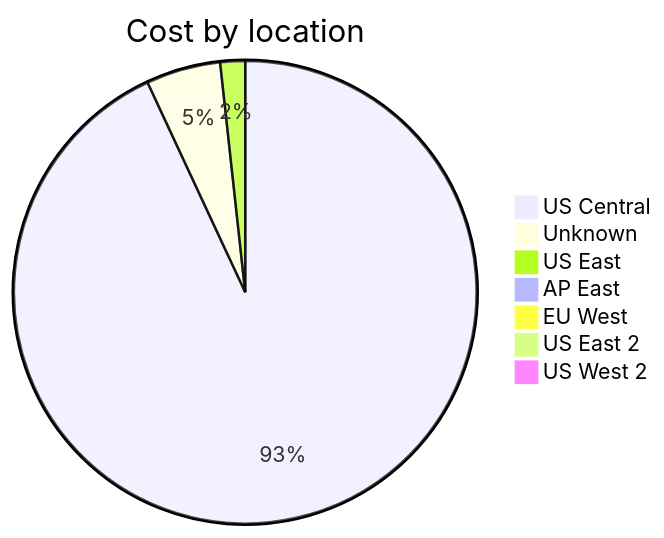
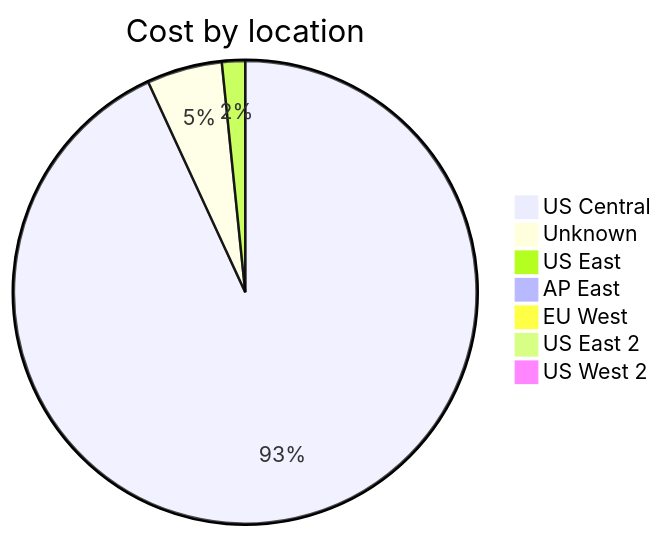
The third of 4 diagrams in cost-reports/accumulated-cost.md (jpfulton/azure-personal-reports), drawn with Mermaid before and after one commit. The commit also changed other lines of this file and 4 other files, not shown here.

````diff
--- a/cost-reports/accumulated-cost.md
+++ b/cost-reports/accumulated-cost.md
@@ -123,11 +123,11 @@
 ```mermaid
 pie
    title Cost by location
-   "US Central" : 1.61
-   "Unknown" : 0.09
-   "US East" : 0.03
+   "US Central" : 2.30
+   "Unknown" : 0.13
+   "US East" : 0.04
    "AP East" : 0.00
    "EU West" : 0.00
    "US East 2" : 0.00
    "US West 2" : 0.00
 ```
````
